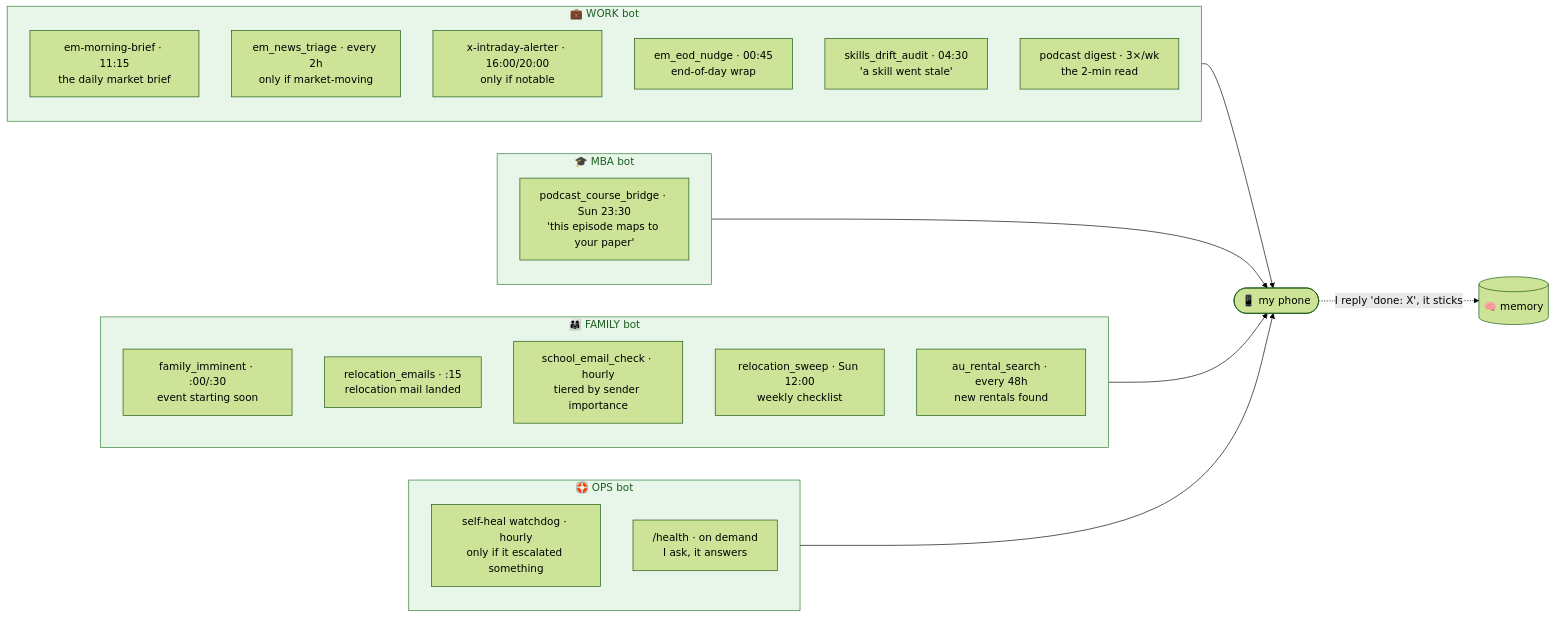
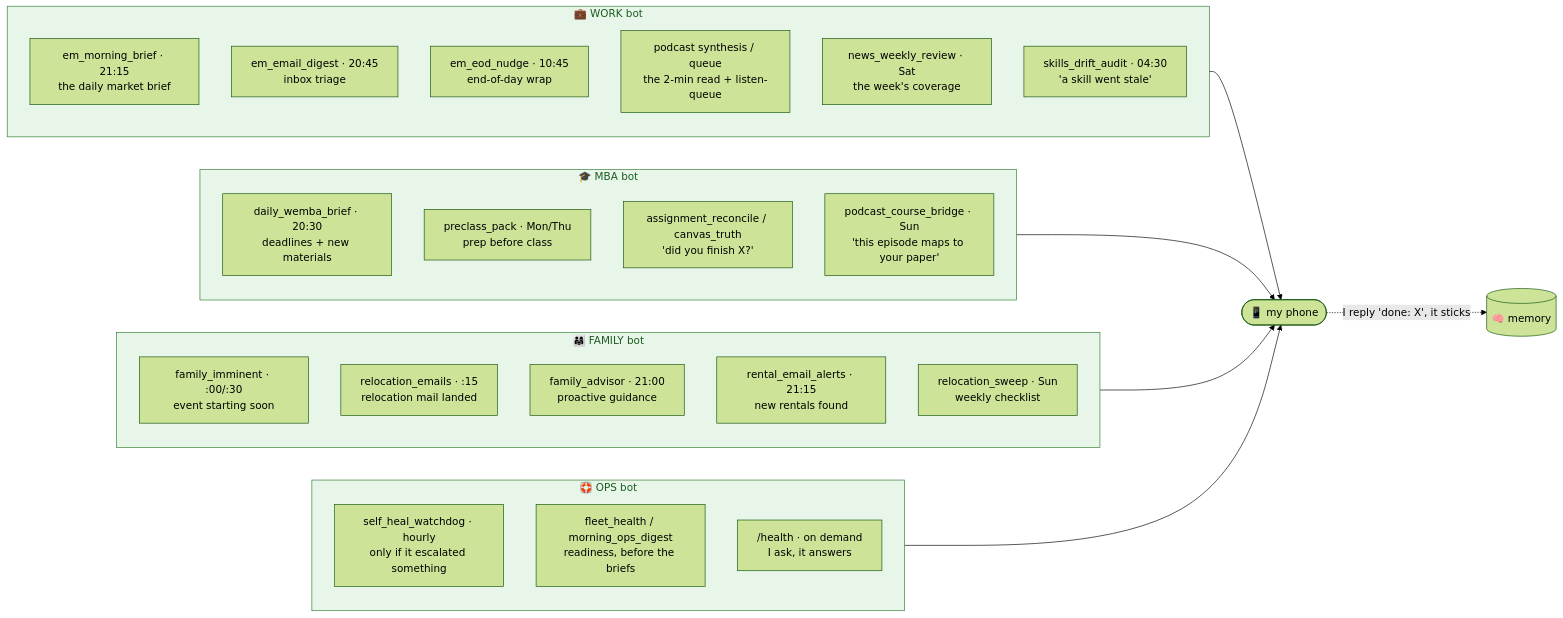
One commit to nickmuchi87/hermes-agents-showcase changed the fifth of 6 diagrams in docs/08-the-fleet-map.md. Above: the diagram before and after it, drawn with Mermaid (forest theme). The commit also changed other lines of this file and 8 other files, not shown here.

````diff
--- a/docs/08-the-fleet-map.md
+++ b/docs/08-the-fleet-map.md
@@ -197,35 +227,39 @@
 ```mermaid
 flowchart LR
     subgraph work["💼 WORK bot"]
         direction TB
-        a1["em-morning-brief · 11:15<br/>the daily market brief"]
-        a2["em_news_triage · every 2h<br/>only if market-moving"]
-        a3["x-intraday-alerter · 16:00/20:00<br/>only if notable"]
-        a4["em_eod_nudge · 00:45<br/>end-of-day wrap"]
-        a5["skills_drift_audit · 04:30<br/>'a skill went stale'"]
-        a6["podcast digest · 3×/wk<br/>the 2-min read"]
+        a1["em_morning_brief · 21:15<br/>the daily market brief"]
+        a2["em_email_digest · 20:45<br/>inbox triage"]
+        a3["em_eod_nudge · 10:45<br/>end-of-day wrap"]
+        a4["podcast synthesis / queue<br/>the 2-min read + listen-queue"]
+        a5["news_weekly_review · Sat<br/>the week's coverage"]
+        a6["skills_drift_audit · 04:30<br/>'a skill went stale'"]
     end
     subgraph mba["🎓 MBA bot"]
-        b1["podcast_course_bridge · Sun 23:30<br/>'this episode maps to your paper'"]
+        b1["daily_wemba_brief · 20:30<br/>deadlines + new materials"]
+        b2["preclass_pack · Mon/Thu<br/>prep before class"]
+        b3["assignment_reconcile / canvas_truth<br/>'did you finish X?'"]
+        b4["podcast_course_bridge · Sun<br/>'this episode maps to your paper'"]
     end
     subgraph fam["👨‍👩‍👧 FAMILY bot"]
         c1["family_imminent · :00/:30<br/>event starting soon"]
         c2["relocation_emails · :15<br/>relocation mail landed"]
-        c3["school_email_check · hourly<br/>tiered by sender importance"]
-        c4["relocation_sweep · Sun 12:00<br/>weekly checklist"]
-        c5["au_rental_search · every 48h<br/>new rentals found"]
+        c3["family_advisor · 21:00<br/>proactive guidance"]
+        c4["rental_email_alerts · 21:15<br/>new rentals found"]
+        c5["relocation_sweep · Sun<br/>weekly checklist"]
     end
     subgraph ops["🛟 OPS bot"]
-        d1["self-heal watchdog · hourly<br/>only if it escalated something"]
-        d2["/health · on demand<br/>I ask, it answers"]
+        d1["self_heal_watchdog · hourly<br/>only if it escalated something"]
+        d2["fleet_health / morning_ops_digest<br/>readiness, before the briefs"]
+        d3["/health · on demand<br/>I ask, it answers"]
     end
 
     work --> phone(["📱 my phone"])
     mba --> phone
     fam --> phone
     ops --> phone
     phone -. "I reply 'done: X', it sticks" .-> brain[("🧠 memory")]
 
     classDef g fill:#e8f5e9,stroke:#2e7d32,color:#1b5e20;
     class work,mba,fam,ops g;
 ```
````
